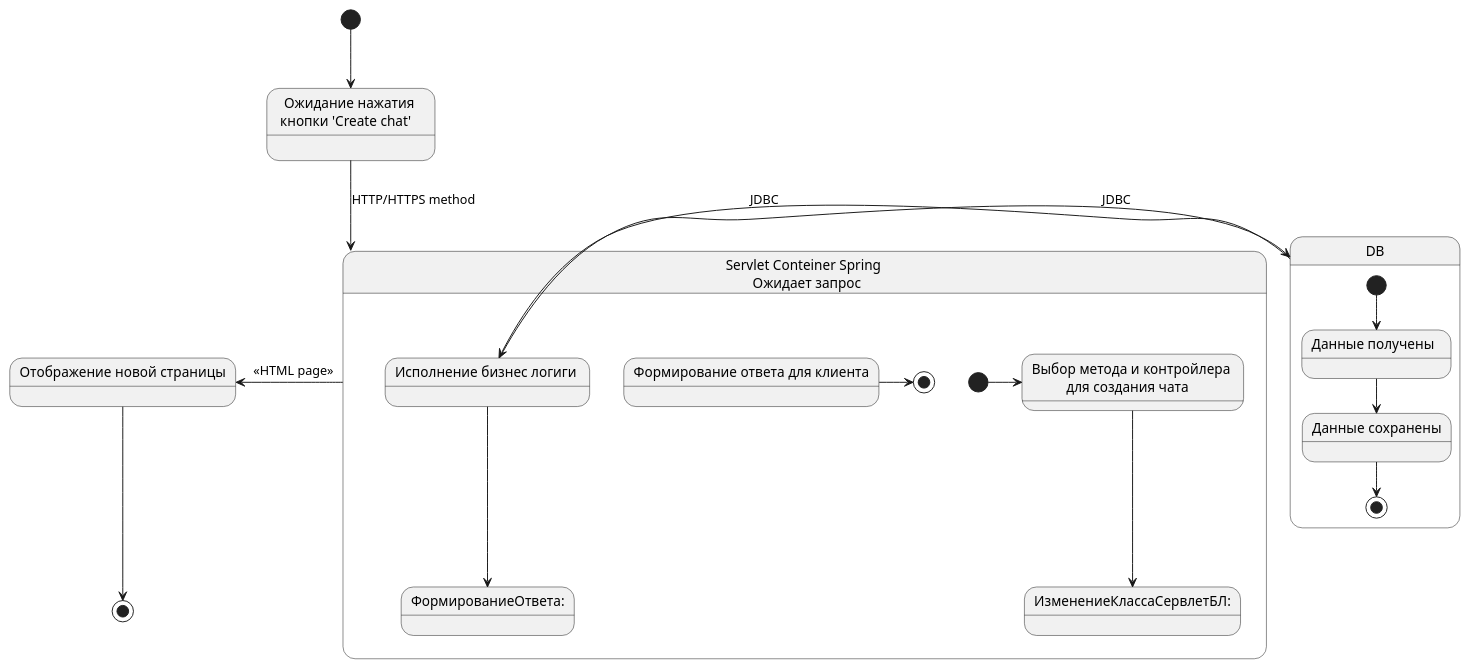
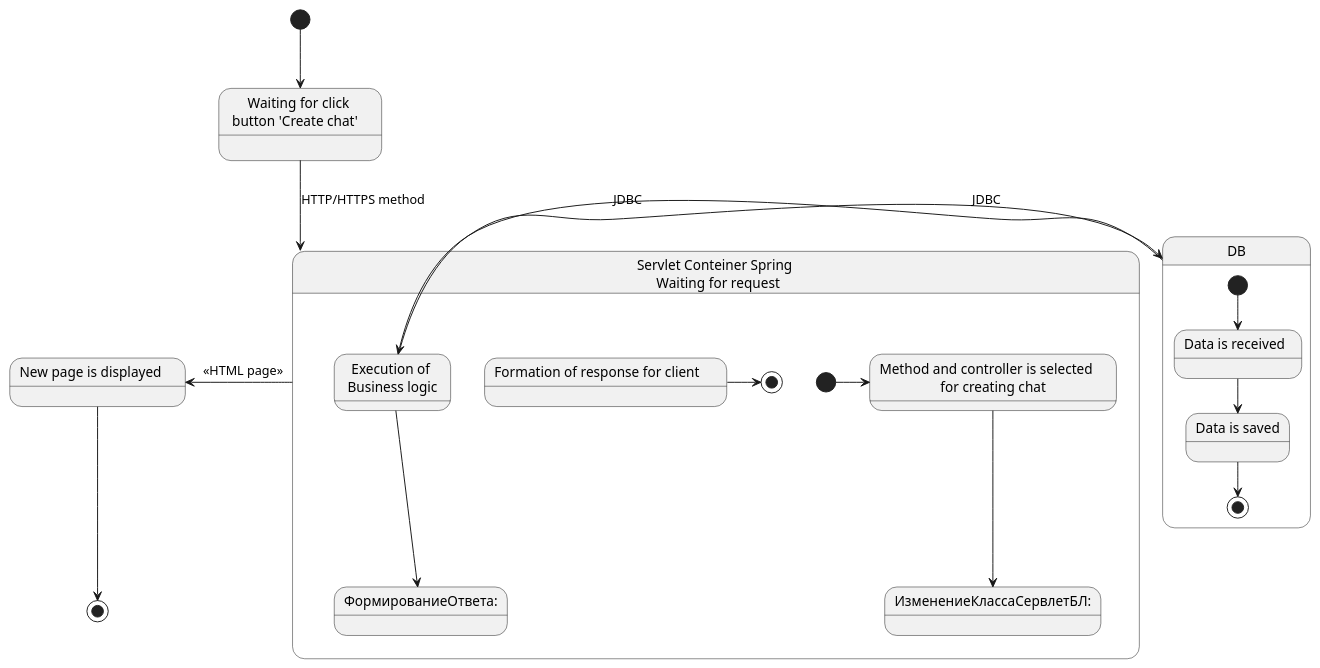
Before and after one commit to Pahoomich/nwchat: the diagram in UML/state machine diagram/create_chat.puml, drawn with PlantUML. The commit also changed 3 other files, not shown here.

```diff
--- a/UML/state machine diagram/create_chat.puml
+++ b/UML/state machine diagram/create_chat.puml
@@ -1,69 +1,38 @@
 @startuml
-'[*] --> ResourcesProcessing
-'
-'state ResourcesProcessing {
-'  [*] --> PushOrederButtomIsPress
-'  PushOrederButtomIsPress --> CreateChatPageIsOpen
-'  CreateChatPageIsOpen --> CreateListOfPeople
-'  CreateListOfPeople --> ResultSearch
-'  ResultSearch --> BlockPress
-'}
-'CreateListOfPeople --> Controller
-'BlockPress --> Controller
-'state Controller{
-'    state request_response {
-'
-'    }
-'    state query_db {
-'
-'    }
-'
-'    Controller --> request_response
-'    request_response -> query_db
-'    query_db --> request_response: listOfStaff
-'}
-'
-'
-'State "'Create chat' Buttom is press    " as PushOrederButtomIsPress: Нажата кнопка 'Создать чат'
-'State "'Create Chat' Page is open" as CreateChatPageIsOpen: Страница 'Создание чата' \n открыта у Управляющего на экране
-'State "Creating a list \n of available staffs   " as CreateListOfPeople: Формирование списка людей \n доступных для создания чата
-'State "Request generation    " as RequestGen
-'State "Displaying Result of search  " as ResultSearch
-'State "Block with staff is press   " as BlockPress
 
 [*] --> ИзменениеОбъектаВРесурсах
 state ИзменениеОбъектаВРесурсах {
 
 }
 
 state ИзменениеКлассаСервлет {
-    state "Выбор метода и контройлера \n для создания чата    " as ИзменениеВКонтройлере
+    state "Method and controller is selected    \n for creating chat " as ИзменениеВКонтройлере
     [*] -> ИзменениеВКонтройлере
     state "Выбор модели" as ИзменениеКлассаСервлетБЛ
     ИзменениеВКонтройлере --> ИзменениеКлассаСервлетБЛ: <<ChatModel>>
     ИзменениеКлассаСервлетБЛ --> ФормированиеОтвета:<<ModelAndView>>
     ФормированиеОтвета -> [*]
 }
 ИзменениеОбъектаВРесурсах --> ИзменениеКлассаСервлет :HTTP/HTTPS method
 
 
 state DB {
-    state "Данные получены  " as data_recive
-    state "Данные сохранены" as data_save
+    state "Data is received  " as data_recive
+    state "Data is saved" as data_save
     [*] --> data_recive
     data_recive --> data_save
     data_save --> [*]
 }
 ИзменениеКлассаСервлетБЛ -> DB :JDBC
 DB -> ИзменениеКлассаСервлетБЛ :JDBC
 
 ИзменениеКлассаСервлет -left-> НоваяСтраница : <<HTML page>>
 НоваяСтраница --> [*]
 
-state "Ожидание нажатия \n кнопки 'Create chat'    " as ИзменениеОбъектаВРесурсах:
-state "Servlet Conteiner Spring \n Ожидает запрос" as ИзменениеКлассаСервлет
-state "Исполнение бизнес логиги " as ИзменениеКлассаСервлетБЛ
-state "Формирование ответа для клиента" as ФормированиеОтвета
-state "Отображение новой страницы" as НоваяСтраница
+state "Waiting for click \n button 'Create chat'    " as ИзменениеОбъектаВРесурсах:
+state "Servlet Conteiner Spring \n Waiting for request" as ИзменениеКлассаСервлет
+state "Execution of \n Business logic " as ИзменениеКлассаСервлетБЛ
+state "Formation of response for client     " as ФормированиеОтвета
+state "New page is displayed    " as НоваяСтраница
 
 @enduml
```
